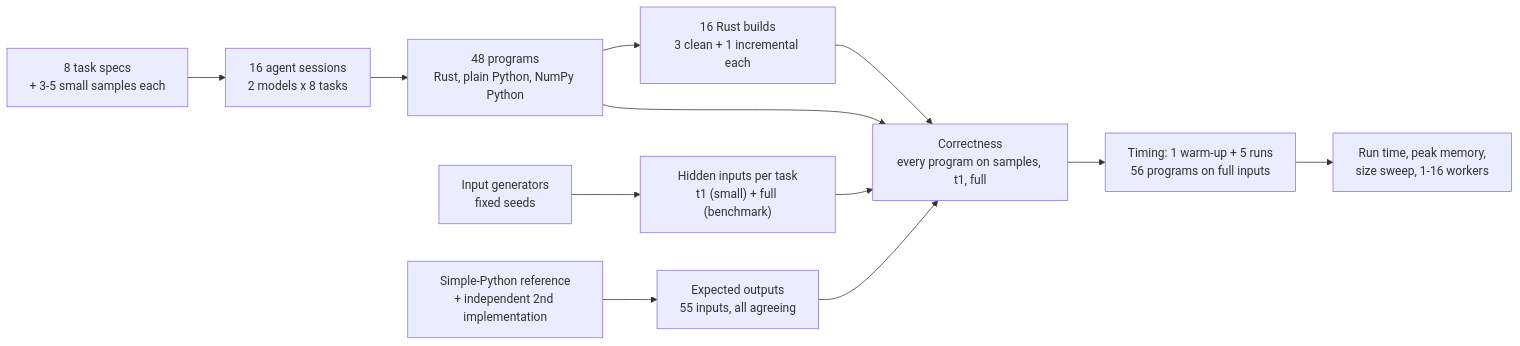
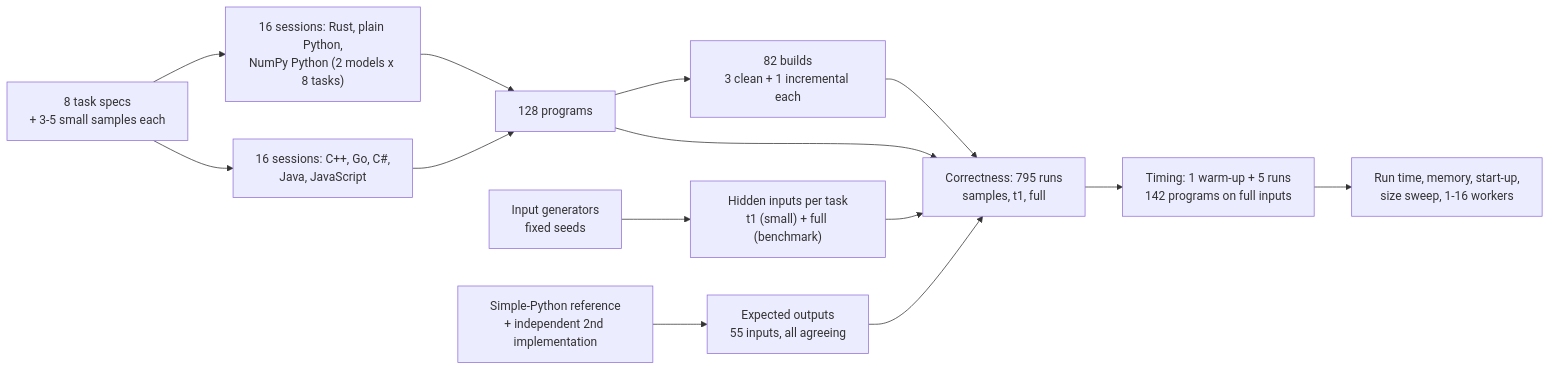
One commit to k-sandhu/experiment-notebooks changed the first of 2 diagrams in notebooks/39-rust-vs-python/README.md. Above: the diagram before and after it, drawn with Mermaid. The commit also changed other lines of this file and 19 other files, not shown here.

````diff
--- a/notebooks/39-rust-vs-python/README.md
+++ b/notebooks/39-rust-vs-python/README.md
@@ -137,14 +146,16 @@
 ```mermaid
 flowchart LR
-    spec["8 task specs<br/>+ 3-5 small samples each"] --> sess["16 agent sessions<br/>2 models x 8 tasks"]
-    sess --> progs["48 programs<br/>Rust, plain Python, NumPy Python"]
+    spec["8 task specs<br/>+ 3-5 small samples each"] --> s1["16 sessions: Rust, plain Python,<br/>NumPy Python (2 models x 8 tasks)"]
+    spec --> s2["16 sessions: C++, Go, C#,<br/>Java, JavaScript"]
+    s1 --> progs["128 programs"]
+    s2 --> progs
     gen["Input generators<br/>fixed seeds"] --> hidden["Hidden inputs per task<br/>t1 (small) + full (benchmark)"]
     ref["Simple-Python reference<br/>+ independent 2nd implementation"] --> exp["Expected outputs<br/>55 inputs, all agreeing"]
-    progs --> build["16 Rust builds<br/>3 clean + 1 incremental each"]
-    build --> check["Correctness<br/>every program on samples, t1, full"]
+    progs --> build["82 builds<br/>3 clean + 1 incremental each"]
+    build --> check["Correctness: 795 runs<br/>samples, t1, full"]
     progs --> check
     hidden --> check
     exp --> check
-    check --> time["Timing: 1 warm-up + 5 runs<br/>56 programs on full inputs"]
-    time --> out["Run time, peak memory,<br/>size sweep, 1-16 workers"]
+    check --> time["Timing: 1 warm-up + 5 runs<br/>142 programs on full inputs"]
+    time --> out["Run time, memory, start-up,<br/>size sweep, 1-16 workers"]
 ```
````
